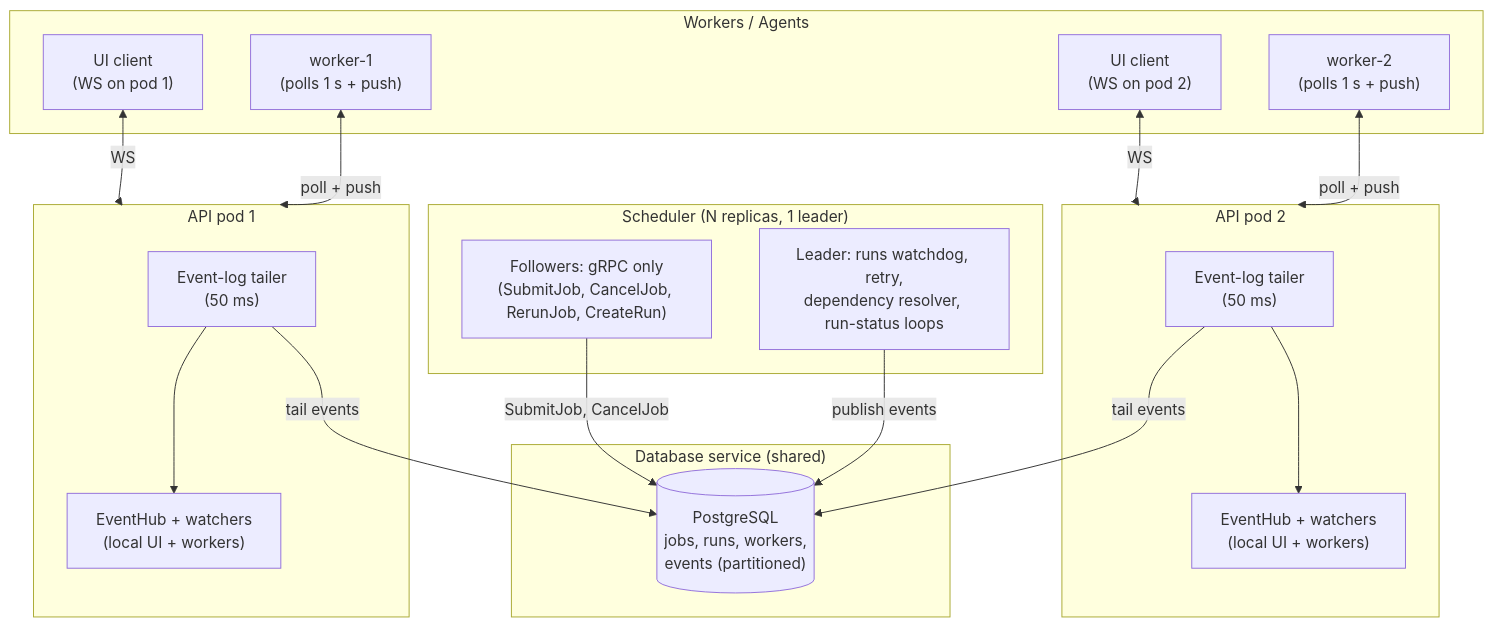
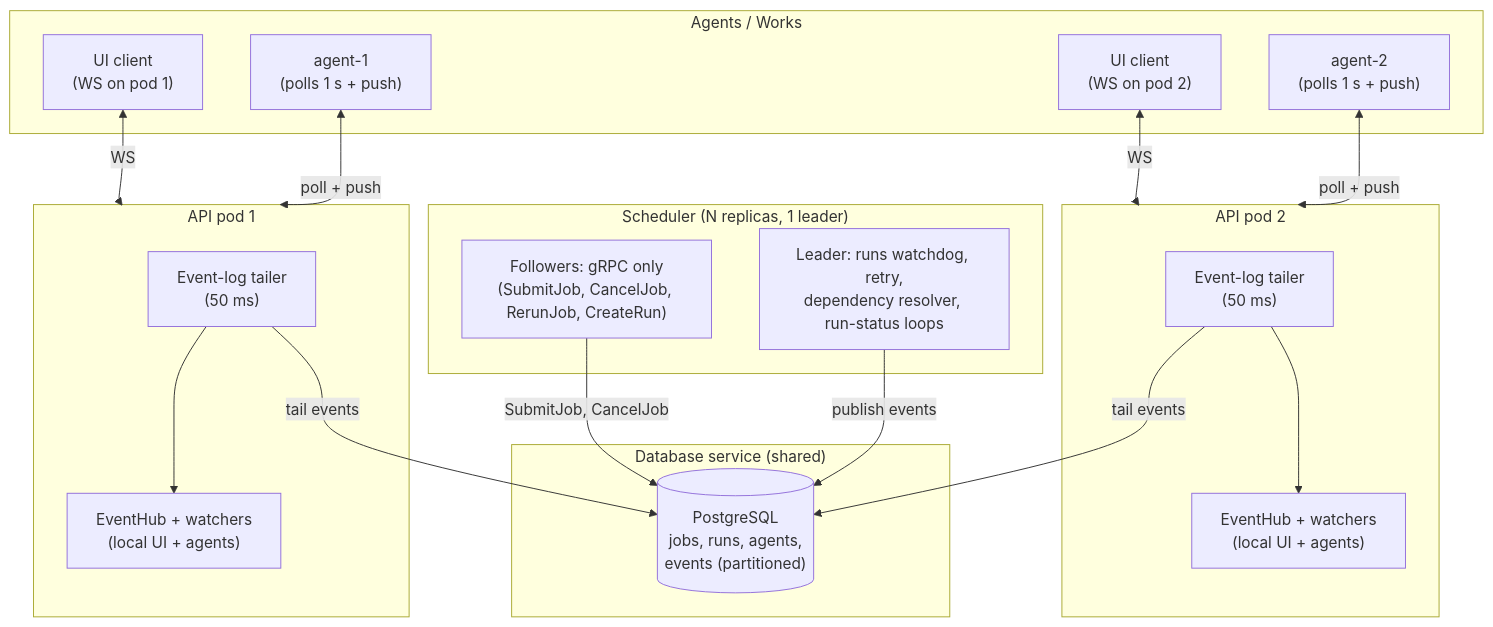
Before and after one commit to EdwardCooke/cdrom: the diagram in docs/HighAvailability.md, drawn with Mermaid. The commit also changed other lines of this file and 177 other files, not shown here.

Commit message:
Docs for re-working agent/worker

````diff
--- a/docs/HighAvailability.md
+++ b/docs/HighAvailability.md
@@ -61,39 +61,39 @@
 ```mermaid
 flowchart TB
     subgraph SCHED["Scheduler (N replicas, 1 leader)"]
         LEADER["Leader: runs watchdog, retry,<br/>dependency resolver, run-status loops"]
         FOLLOWER["Followers: gRPC only<br/>(SubmitJob, CancelJob, RerunJob, CreateRun)"]
     end
 
     subgraph DB["Database service (shared)"]
-        PG[("PostgreSQL<br/>jobs, runs, workers,<br/>events (partitioned)")]
+        PG[("PostgreSQL<br/>jobs, runs, agents,<br/>events (partitioned)")]
     end
 
     subgraph API1["API pod 1"]
         TAIL1["Event-log tailer<br/>(50 ms)"]
-        HUB1["EventHub + watchers<br/>(local UI + workers)"]
+        HUB1["EventHub + watchers<br/>(local UI + agents)"]
         TAIL1 --> HUB1
     end
 
     subgraph API2["API pod 2"]
         TAIL2["Event-log tailer<br/>(50 ms)"]
-        HUB2["EventHub + watchers<br/>(local UI + workers)"]
+        HUB2["EventHub + watchers<br/>(local UI + agents)"]
         TAIL2 --> HUB2
     end
 
-    subgraph WORKERS["Workers / Agents"]
-        W1["worker-1<br/>(polls 1 s + push)"]
-        W2["worker-2<br/>(polls 1 s + push)"]
+    subgraph WORKER["Agents / Works"]
+        W1["agent-1<br/>(polls 1 s + push)"]
+        W2["agent-2<br/>(polls 1 s + push)"]
         U1["UI client<br/>(WS on pod 1)"]
         U2["UI client<br/>(WS on pod 2)"]
     end
 
     LEADER -->|publish events| PG
     FOLLOWER -->|SubmitJob, CancelJob| PG
     TAIL1 -->|tail events| PG
     TAIL2 -->|tail events| PG
     W1 <-->|poll + push| API1
     W2 <-->|poll + push| API2
     U1 <-->|WS| API1
     U2 <-->|WS| API2
 ```
````
